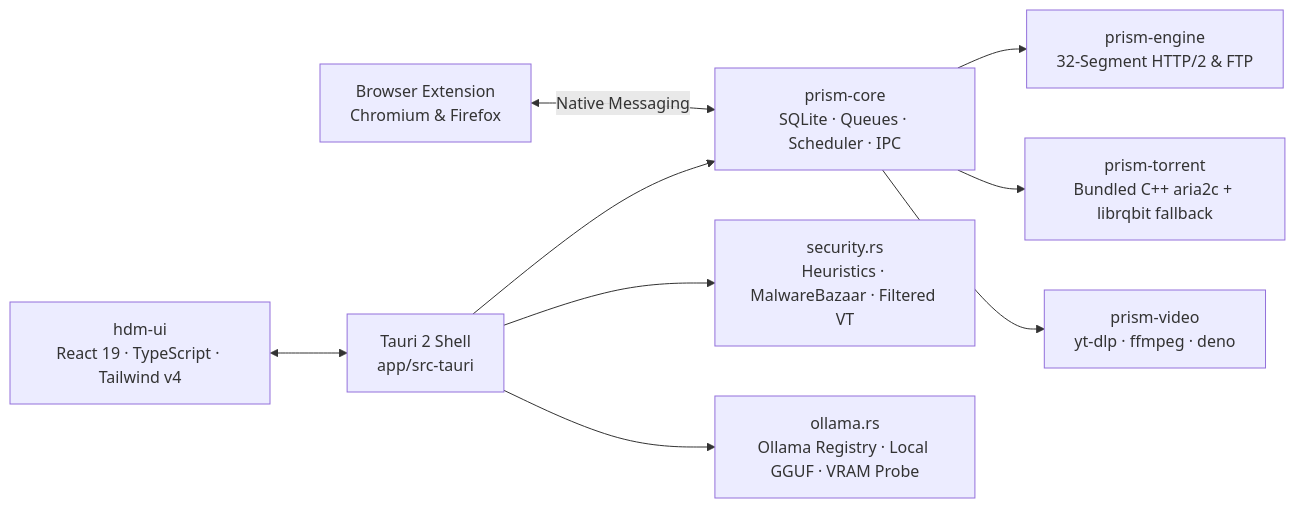
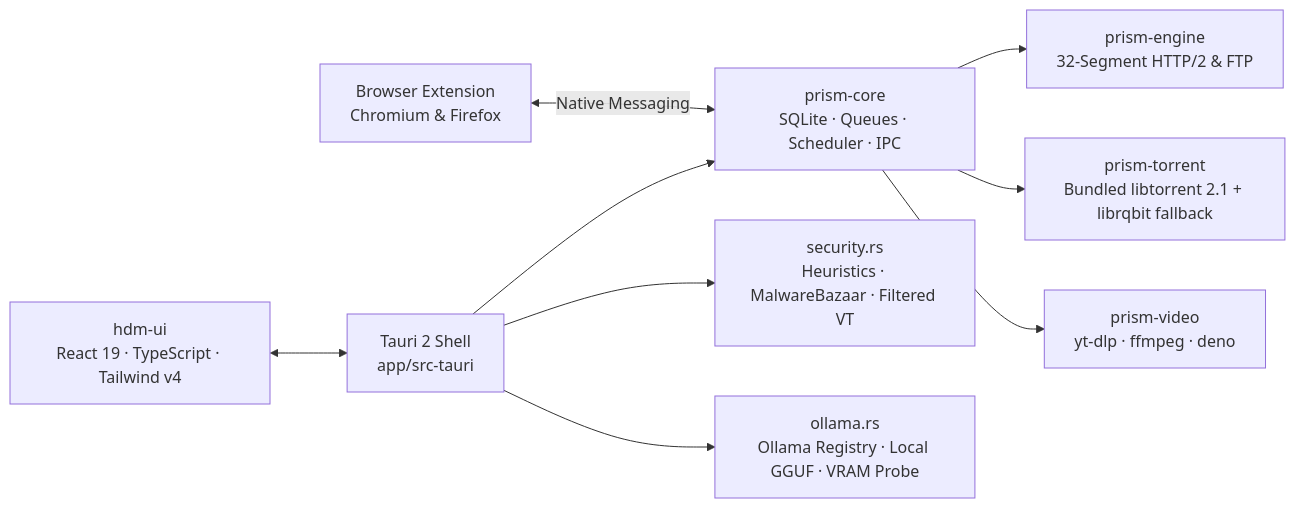
The diagram in README.md (HousseinTlili/HDM), drawn with Mermaid before and after one commit. The commit also changed other lines of this file and 9 other files, not shown here.

Commit message:
Switch BitTorrent backend to real libtorrent-rasterbar 2.1 (qBittorrent engine)

````diff
--- a/README.md
+++ b/README.md
@@ -58,21 +58,21 @@
 ```mermaid
 flowchart LR
     UI["hdm-ui\nReact 19 · TypeScript · Tailwind v4"]
     SHELL["Tauri 2 Shell\napp/src-tauri"]
     CORE["prism-core\nSQLite · Queues · Scheduler · IPC"]
     HTTP["prism-engine\n32-Segment HTTP/2 & FTP"]
-    BT["prism-torrent\nBundled C++ aria2c + librqbit fallback"]
+    BT["prism-torrent\nBundled libtorrent 2.1 + librqbit fallback"]
     VID["prism-video\nyt-dlp · ffmpeg · deno"]
     SEC["security.rs\nHeuristics · MalwareBazaar · Filtered VT"]
     AI["ollama.rs\nOllama Registry · Local GGUF · VRAM Probe"]
     EXT["Browser Extension\nChromium & Firefox"]
 
     UI <--> SHELL
     EXT <-->|"Native Messaging"| CORE
     SHELL --> CORE
     SHELL --> SEC
     SHELL --> AI
     CORE --> HTTP
     CORE --> BT
     CORE --> VID
 ```
````
